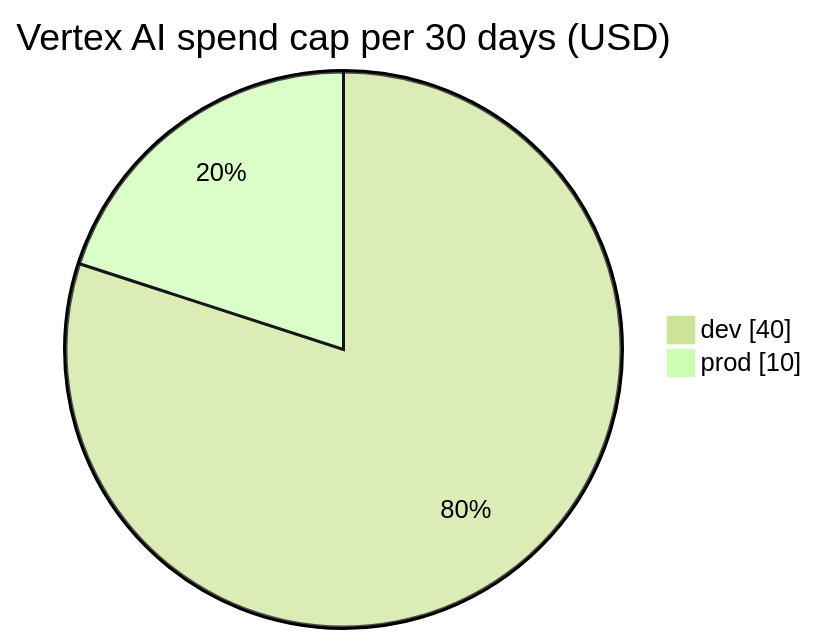
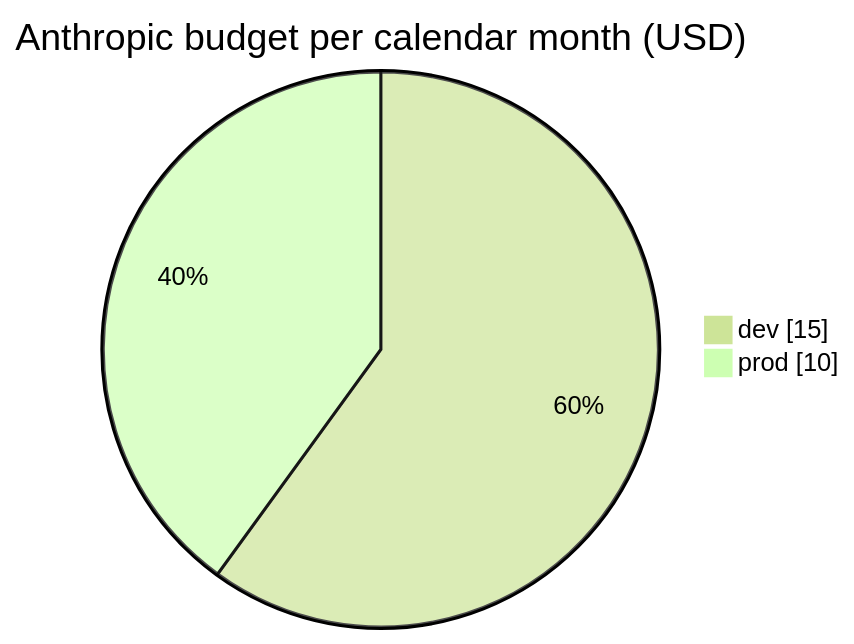
Before and after one commit to nsudhanva/rhumbatron: the sixth of 9 diagrams in docs/architecture/infrastructure-and-cost.md, drawn with Mermaid (forest theme). The commit also changed other lines of this file and 8 other files, not shown here.

````diff
--- a/docs/architecture/infrastructure-and-cost.md
+++ b/docs/architecture/infrastructure-and-cost.md
@@ -174,6 +174,6 @@
 ```mermaid
 pie showData
-  title Vertex AI spend cap per 30 days (USD)
-  "dev" : 40
+  title Anthropic budget per calendar month (USD)
+  "dev" : 15
   "prod" : 10
 ```
````
